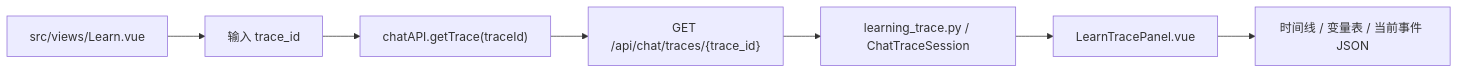
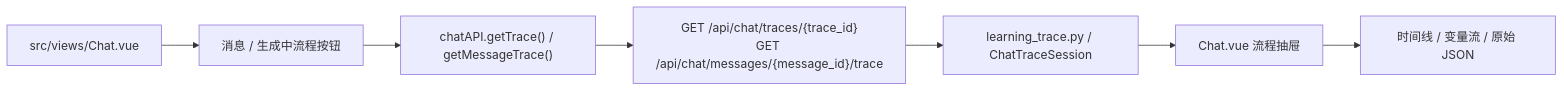
Before and after one commit to baiye-banned/Agent_about_answer: the eighth of 8 diagrams in docs/PROJECT_ARCHITECTURE_FULL.md, drawn with Mermaid. The commit also changed other lines of this file and 83 other files, not shown here.

````diff
--- a/docs/PROJECT_ARCHITECTURE_FULL.md
+++ b/docs/PROJECT_ARCHITECTURE_FULL.md
@@ -389,9 +388,9 @@
 ```mermaid
 flowchart LR
-  Learn["src/views/Learn.vue"] --> Input["输入 trace_id"]
-  Input --> API["chatAPI.getTrace(traceId)"]
-  API --> Route["GET /api/chat/traces/{trace_id}"]
+  Chat["src/views/Chat.vue"] --> Button["消息 / 生成中流程按钮"]
+  Button --> API["chatAPI.getTrace() / getMessageTrace()"]
+  API --> Route["GET /api/chat/traces/{trace_id}<br/>GET /api/chat/messages/{message_id}/trace"]
   Route --> Session["learning_trace.py / ChatTraceSession"]
-  Session --> Panel["LearnTracePanel.vue"]
-  Panel --> Timeline["时间线 / 变量表 / 当前事件 JSON"]
+  Session --> Drawer["Chat.vue 流程抽屉"]
+  Drawer --> Timeline["时间线 / 变量流 / 原始 JSON"]
 ```
````
